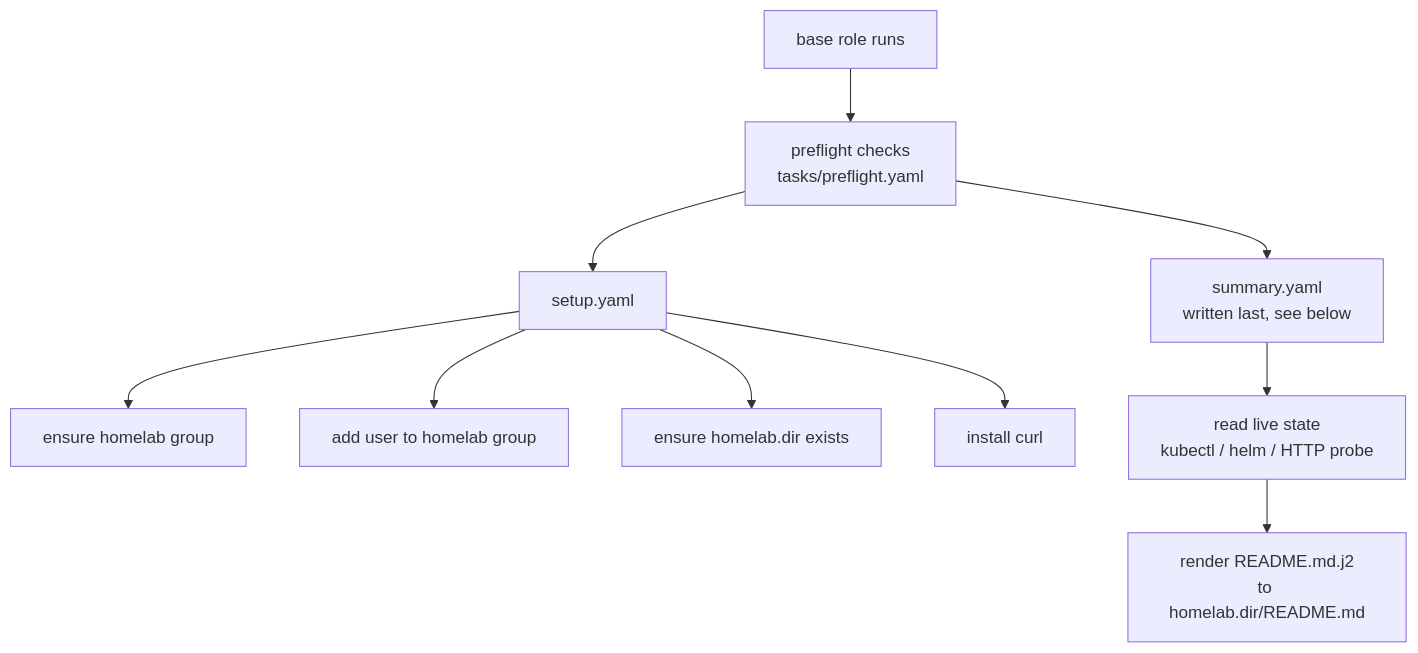
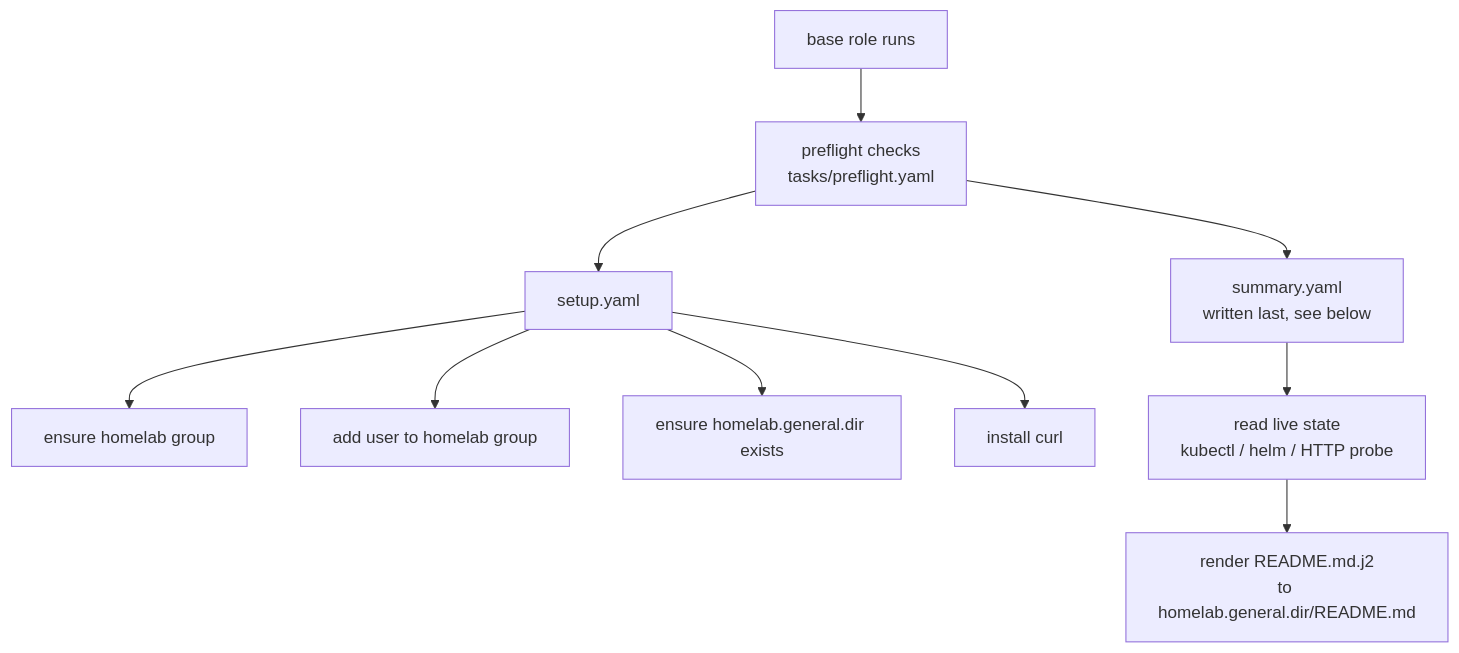
The diagram in ansible/roles/base/README.md (this-oliver/homelab), drawn with Mermaid before and after one commit. The commit also changed other lines of this file and 23 other files, not shown here.

````diff
--- a/ansible/roles/base/README.md
+++ b/ansible/roles/base/README.md
@@ -19,12 +19,12 @@
 ```mermaid
 flowchart TD
     role[base role runs] --> preflight[preflight checks<br/>tasks/preflight.yaml]
     preflight --> setup[setup.yaml]
     setup --> group[ensure homelab group]
     setup --> user[add user to homelab group]
-    setup --> dir[ensure homelab.dir exists]
+    setup --> dir[ensure homelab.general.dir exists]
     setup --> tools[install curl]
     preflight --> summary[summary.yaml<br/>written last, see below]
     summary --> query[read live state<br/>kubectl / helm / HTTP probe]
-    query --> render[render README.md.j2<br/>to homelab.dir/README.md]
+    query --> render[render README.md.j2<br/>to homelab.general.dir/README.md]
 ```
````
